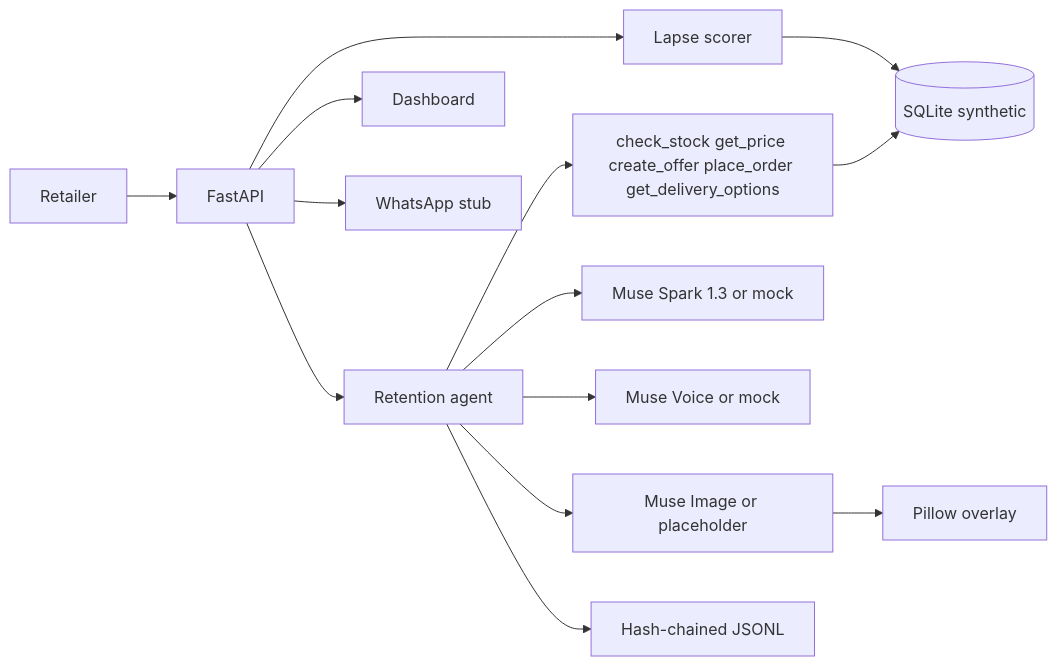
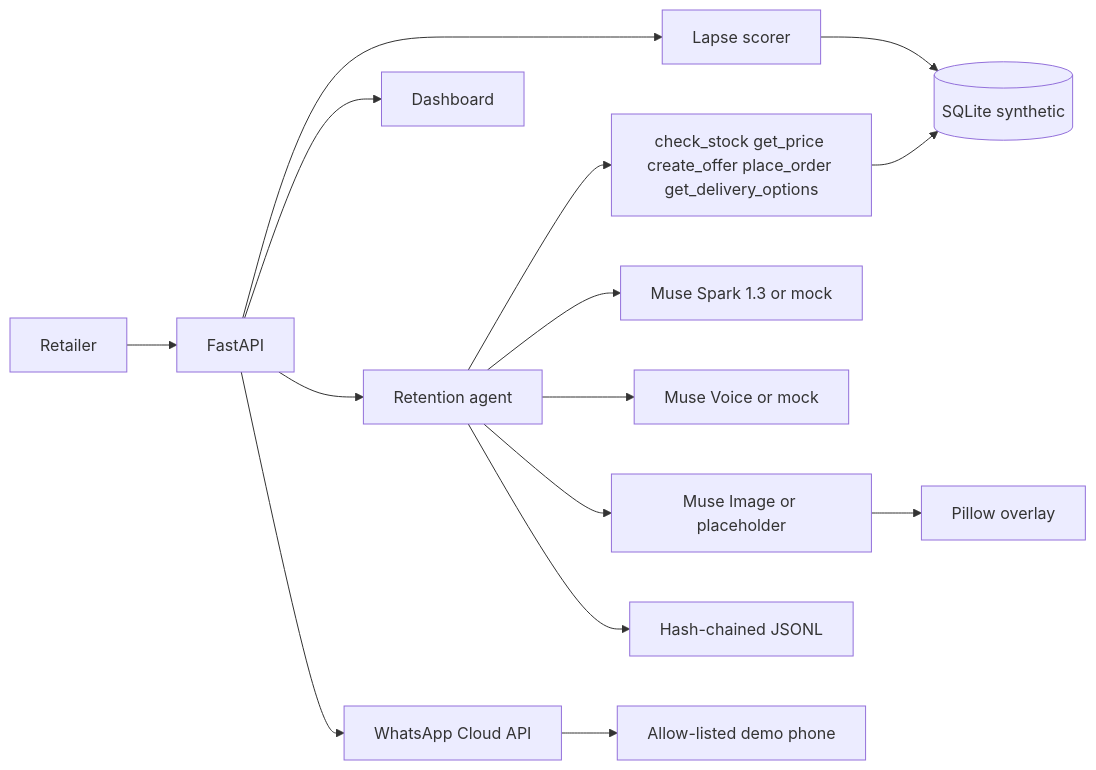
The diagram in README.md (vumoz/convoplex-retention-agent), drawn with Mermaid before and after one commit. The commit also changed other lines of this file and 26 other files, not shown here.

First line of the commit message:
Add live WhatsApp channel and Vercel deployment (#3)

````diff
--- a/README.md
+++ b/README.md
@@ -39,16 +40,17 @@
 ```mermaid
 flowchart LR
   shop[Retailer] --> api[FastAPI]
   api --> score[Lapse scorer]
   api --> agent[Retention agent]
   score --> db[(SQLite synthetic)]
   agent --> tools[check_stock get_price create_offer place_order get_delivery_options]
   tools --> db
   agent --> muse[Muse Spark 1.3 or mock]
   agent --> asr[Muse Voice or mock]
   agent --> image[Muse Image or placeholder]
   image --> card[Pillow overlay]
   agent --> log[Hash-chained JSONL]
   api --> dash[Dashboard]
-  api --> wa[WhatsApp stub]
+  api --> wa[WhatsApp Cloud API]
+  wa --> demo[Allow-listed demo phone]
 ```
````
